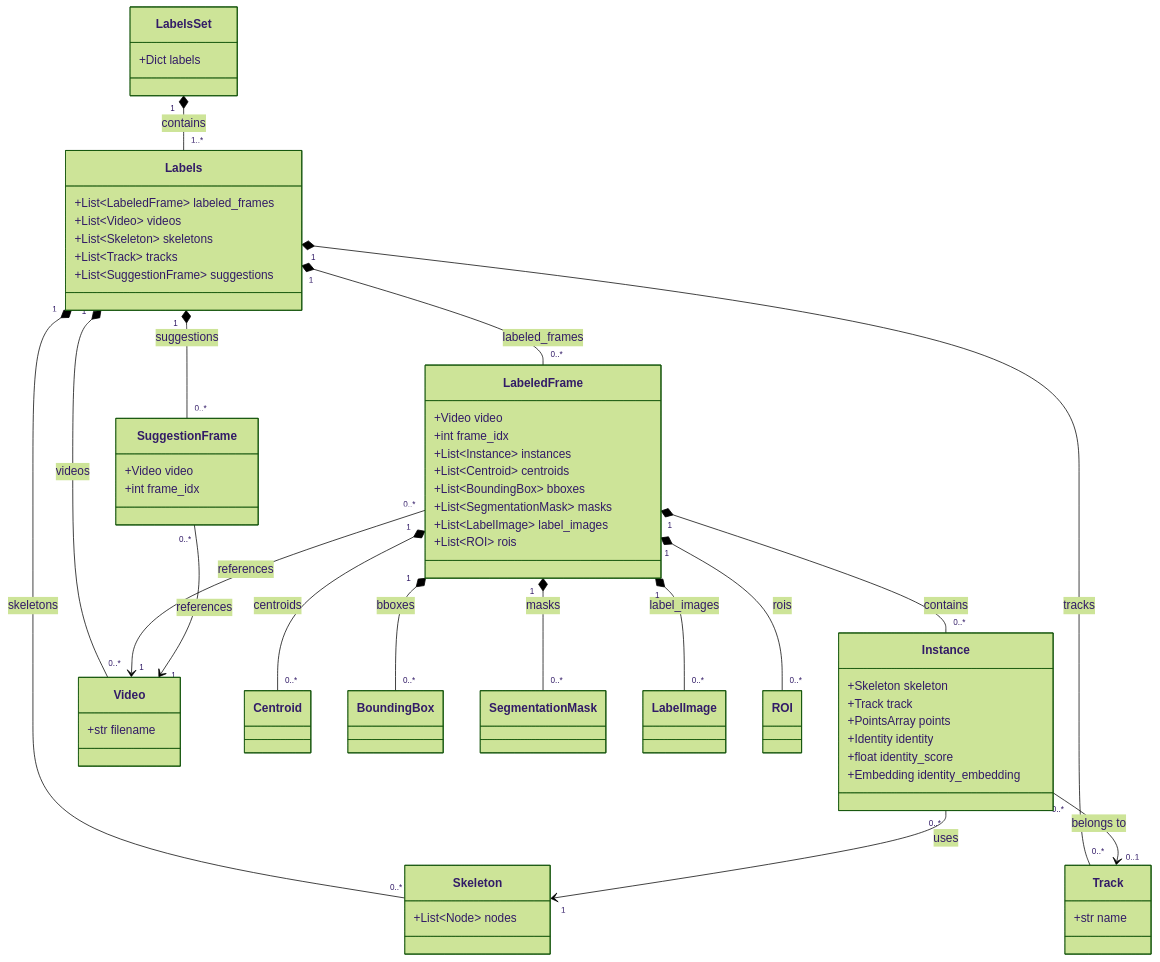
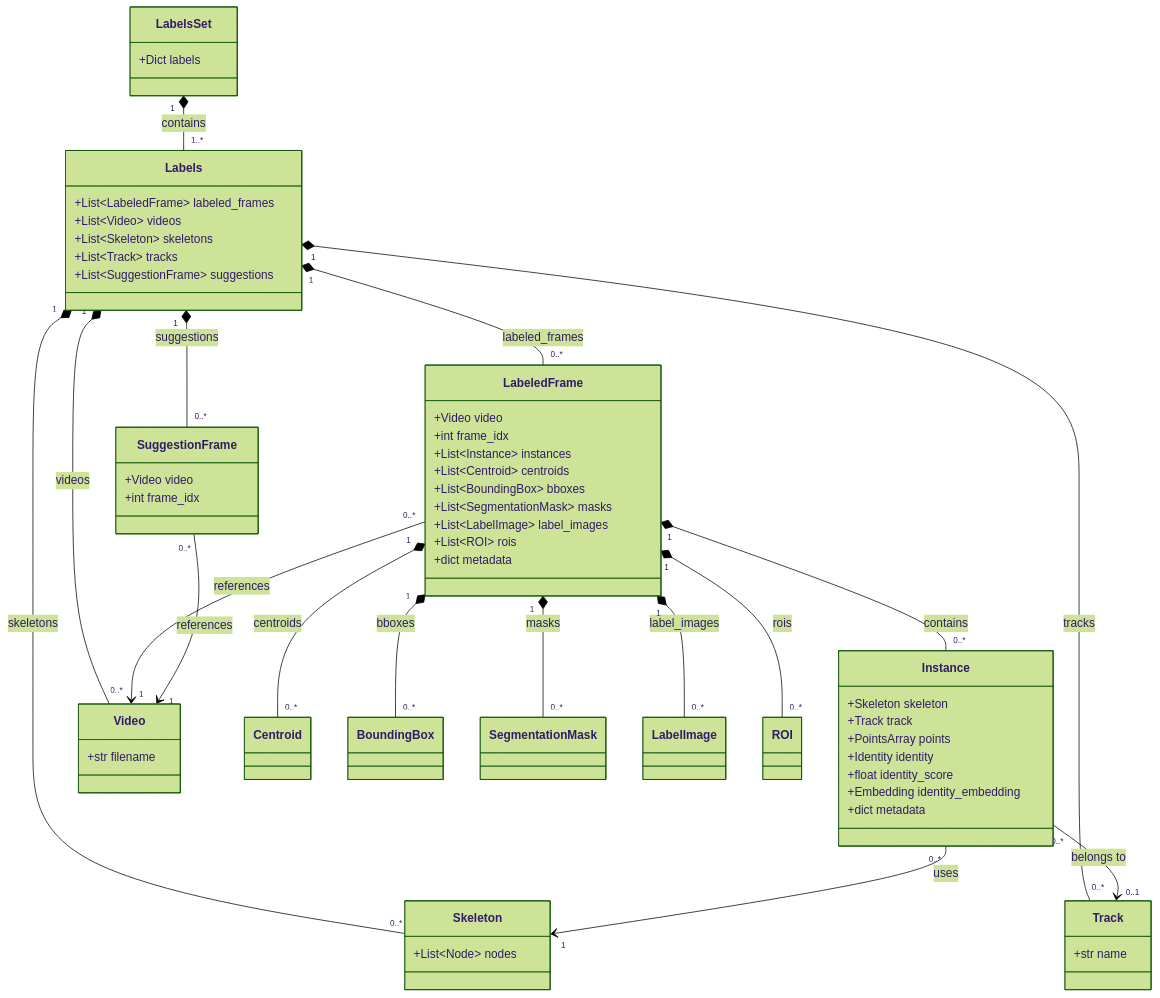
One commit to talmolab/sleap-io changed the diagram in docs/model/labels.md. Above: the diagram before and after it, drawn with Mermaid (forest theme). The commit also changed other lines of this file and 5 other files, not shown here.

````diff
--- a/docs/model/labels.md
+++ b/docs/model/labels.md
@@ -416,68 +458,70 @@
 ``` mermaid
 classDiagram
     class Labels {
         +List~LabeledFrame~ labeled_frames
         +List~Video~ videos
         +List~Skeleton~ skeletons
         +List~Track~ tracks
         +List~SuggestionFrame~ suggestions
     }
 
     class LabeledFrame {
         +Video video
         +int frame_idx
         +List~Instance~ instances
         +List~Centroid~ centroids
         +List~BoundingBox~ bboxes
         +List~SegmentationMask~ masks
         +List~LabelImage~ label_images
         +List~ROI~ rois
+        +dict metadata
     }
 
     class Instance {
         +Skeleton skeleton
         +Track track
         +PointsArray points
         +Identity identity
         +float identity_score
         +Embedding identity_embedding
+        +dict metadata
     }
 
     class Video {
         +str filename
     }
 
     class Skeleton {
         +List~Node~ nodes
     }
 
     class Track {
         +str name
     }
 
     class SuggestionFrame {
         +Video video
         +int frame_idx
     }
 
     class LabelsSet {
         +Dict labels
     }
 
     Labels "1" *-- "0..*" LabeledFrame : labeled_frames
     Labels "1" *-- "0..*" Video : videos
     Labels "1" *-- "0..*" Skeleton : skeletons
     Labels "1" *-- "0..*" Track : tracks
     Labels "1" *-- "0..*" SuggestionFrame : suggestions
     LabeledFrame "0..*" --> "1" Video : references
     LabeledFrame "1" *-- "0..*" Instance : contains
     Instance "0..*" --> "1" Skeleton : uses
     Instance "0..*" --> "0..1" Track : belongs to
     SuggestionFrame "0..*" --> "1" Video : references
     LabeledFrame "1" *-- "0..*" Centroid : centroids
     LabeledFrame "1" *-- "0..*" BoundingBox : bboxes
     LabeledFrame "1" *-- "0..*" SegmentationMask : masks
     LabeledFrame "1" *-- "0..*" LabelImage : label_images
     LabeledFrame "1" *-- "0..*" ROI : rois
     LabelsSet "1" *-- "1..*" Labels : contains
 ```
````
